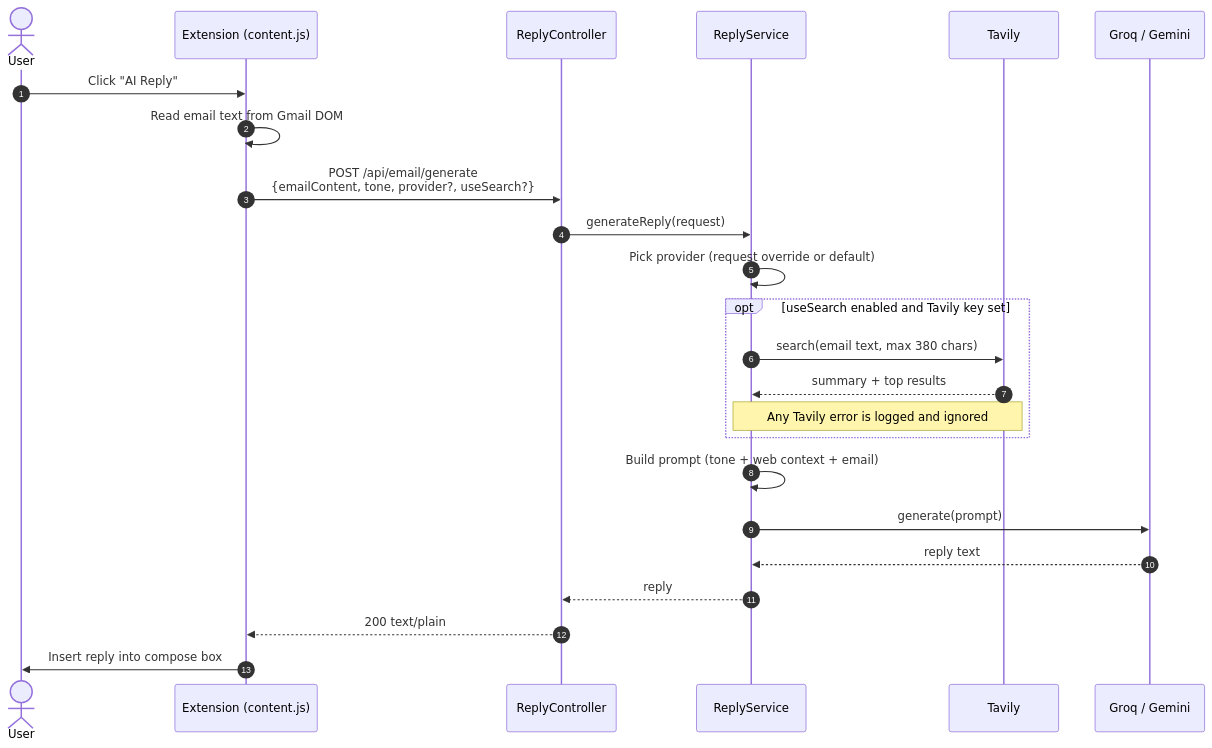
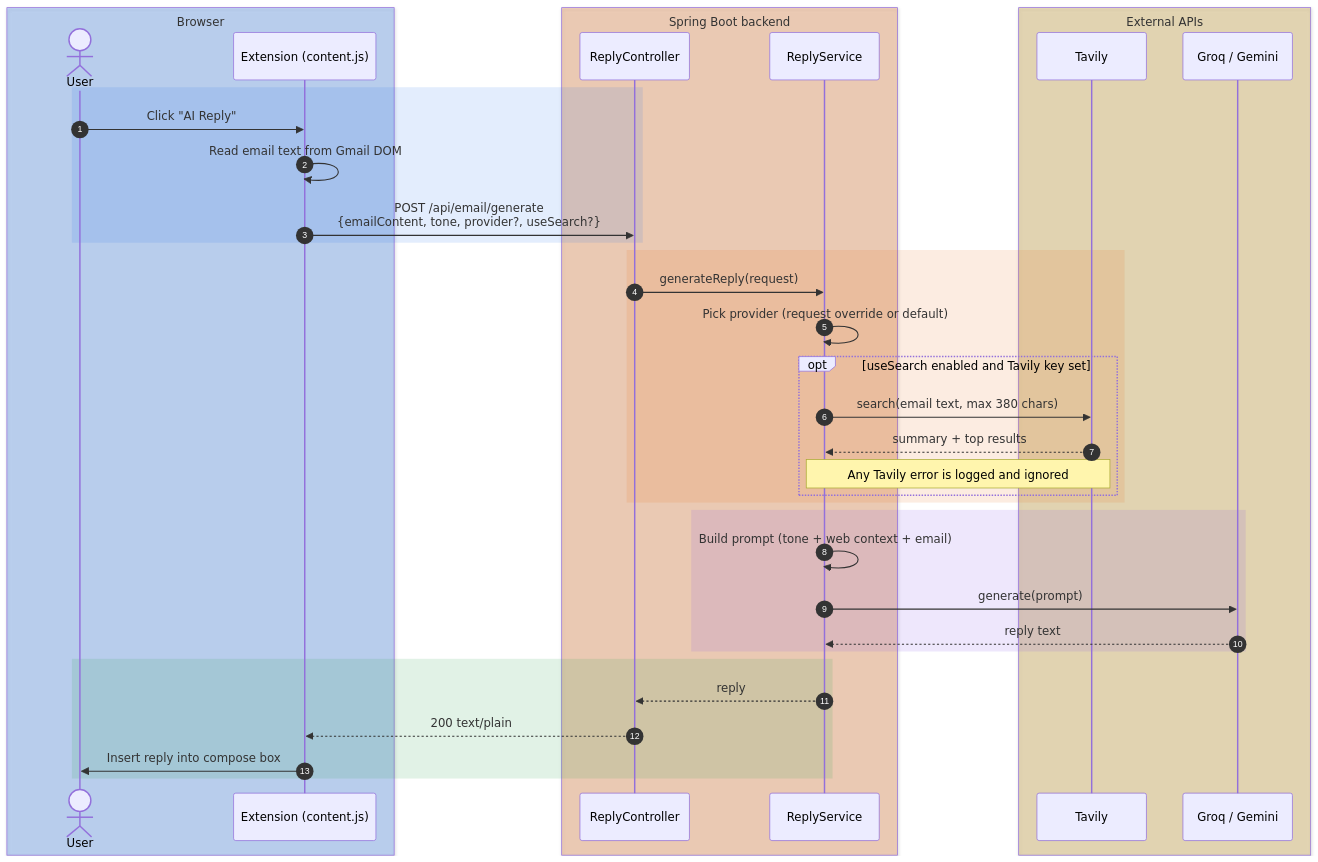
The second of 3 diagrams in README.md (sourabhvamdevan/smart-mail-reply-chrome-extension), drawn with Mermaid before and after one commit. The commit also changed other lines of this file, not shown here.

Commit message:
Enhance README with updated diagrams and styling
Updated the README.md to enhance the request flow and backend classes diagrams with new styling and additional details.

````diff
--- a/README.md
+++ b/README.md
@@ -78,27 +96,41 @@
 ```mermaid
 sequenceDiagram
     autonumber
-    actor U as User
-    participant X as Extension (content.js)
-    participant API as ReplyController
-    participant SVC as ReplyService
-    participant TV as Tavily
-    participant LLM as Groq / Gemini
+    box rgba(31,111,235,0.25) Browser
+        actor U as User
+        participant X as Extension (content.js)
+    end
+    box rgba(227,98,9,0.25) Spring Boot backend
+        participant API as ReplyController
+        participant SVC as ReplyService
+    end
+    box rgba(191,135,0,0.25) External APIs
+        participant TV as Tavily
+        participant LLM as Groq / Gemini
+    end
 
-    U->>X: Click "AI Reply"
-    X->>X: Read email text from Gmail DOM
-    X->>API: POST /api/email/generate<br/>{emailContent, tone, provider?, useSearch?}
-    API->>SVC: generateReply(request)
-    SVC->>SVC: Pick provider (request override or default)
-    opt useSearch enabled and Tavily key set
-        SVC->>TV: search(email text, max 380 chars)
-        TV-->>SVC: summary + top results
-        Note over SVC,TV: Any Tavily error is logged and ignored
+    rect rgba(31,111,235,0.12)
+        U->>X: Click "AI Reply"
+        X->>X: Read email text from Gmail DOM
+        X->>API: POST /api/email/generate<br/>{emailContent, tone, provider?, useSearch?}
     end
-    SVC->>SVC: Build prompt (tone + web context + email)
-    SVC->>LLM: generate(prompt)
-    LLM-->>SVC: reply text
-    SVC-->>API: reply
-    API-->>X: 200 text/plain
-    X->>U: Insert reply into compose box
+    rect rgba(227,98,9,0.12)
+        API->>SVC: generateReply(request)
+        SVC->>SVC: Pick provider (request override or default)
+        opt useSearch enabled and Tavily key set
+            SVC->>TV: search(email text, max 380 chars)
+            TV-->>SVC: summary + top results
+            Note over SVC,TV: Any Tavily error is logged and ignored
+        end
+    end
+    rect rgba(137,87,229,0.14)
+        SVC->>SVC: Build prompt (tone + web context + email)
+        SVC->>LLM: generate(prompt)
+        LLM-->>SVC: reply text
+    end
+    rect rgba(45,164,78,0.14)
+        SVC-->>API: reply
+        API-->>X: 200 text/plain
+        X->>U: Insert reply into compose box
+    end
 ```
````
